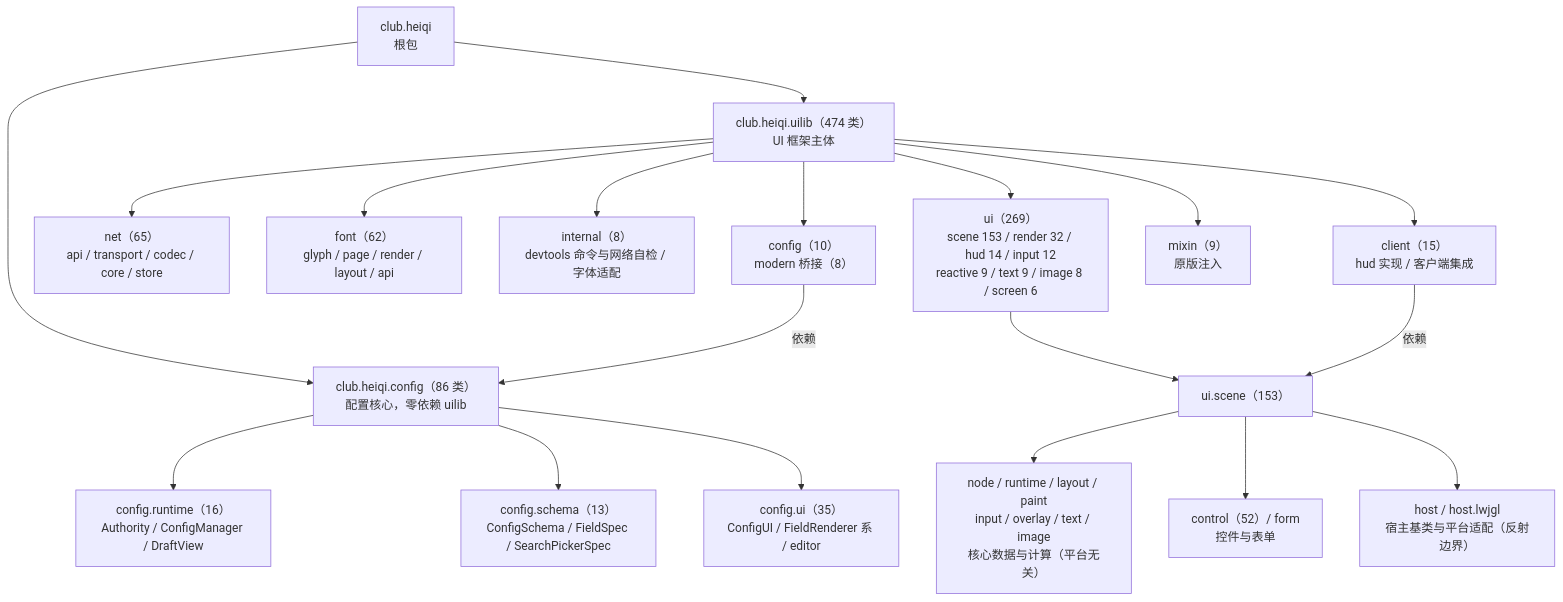
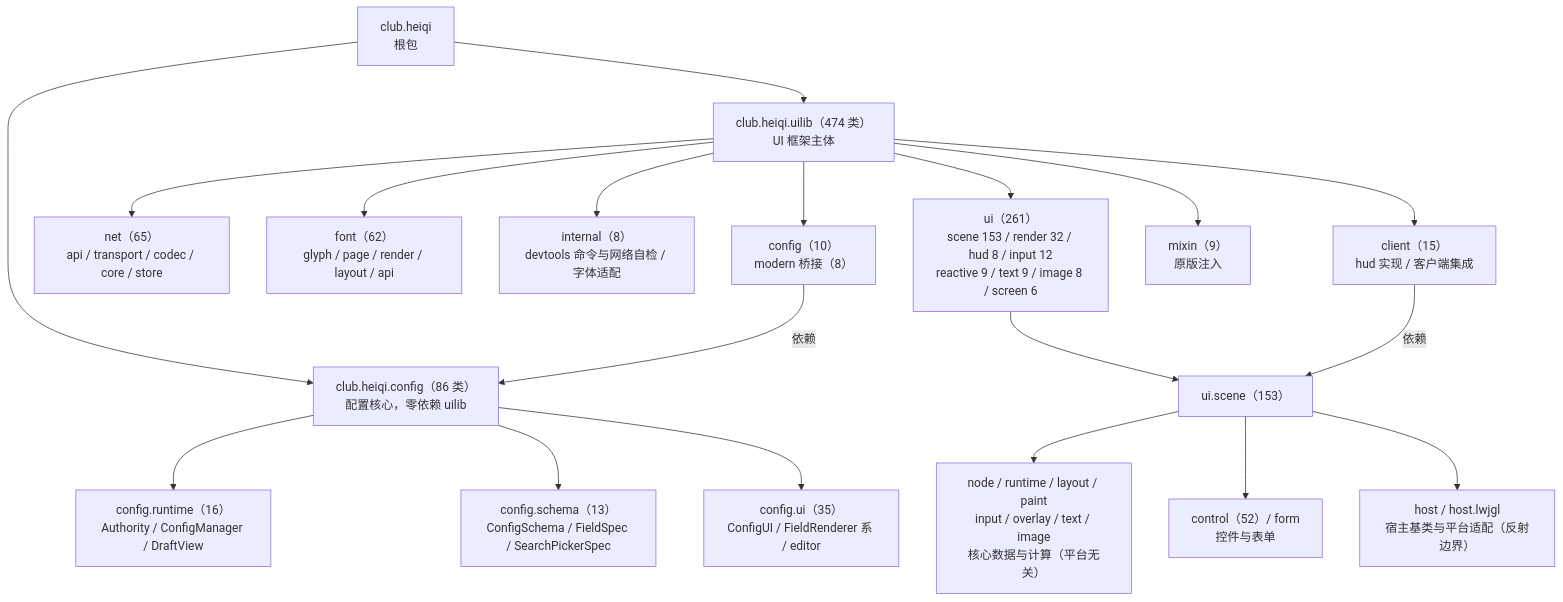
One commit to QuanhuZeYu/Qz-UILib changed the diagram in docs/开发者文档/架构图/00-框架总览.md. Above: the diagram before and after it, drawn with Mermaid. The commit also changed 22 other files, not shown here.

Commit message:
[UI] HUD 虚拟窗口 H1（路线 A）：注册协议由快照 provider 替换为 HudWindowFactory（scene 代码 + signal），删除 HudSnapshot/HudLine/HudSpan/HudTone/CompactHud/TextHud 与翻译层；SceneHudHost 改每窗口 SceneFramePipeline 帧循环（窗口裁剪盒重载），空内容整窗隐藏、工厂异常隔离；SceneFramePipeline 增加 windowClip 回放裁剪

````diff
--- a/docs/开发者文档/架构图/00-框架总览.md
+++ b/docs/开发者文档/架构图/00-框架总览.md
@@ -9,29 +9,29 @@
 ```mermaid
 flowchart TD
   ROOT["club.heiqi<br>根包"]
   CFG["club.heiqi.config（86 类）<br>配置核心，零依赖 uilib"]
   UI["club.heiqi.uilib（474 类）<br>UI 框架主体"]
 
   ROOT --> CFG
   ROOT --> UI
 
   CFG --> CFG_R["config.runtime（16）<br>Authority / ConfigManager / DraftView"]
   CFG --> CFG_S["config.schema（13）<br>ConfigSchema / FieldSpec / SearchPickerSpec"]
   CFG --> CFG_U["config.ui（35）<br>ConfigUI / FieldRenderer 系 / editor"]
 
-  UI --> UISUB["ui（269）<br>scene 153 / render 32 / hud 14 / input 12<br>reactive 9 / text 9 / image 8 / screen 6"]
+  UI --> UISUB["ui（261）<br>scene 153 / render 32 / hud 8 / input 12<br>reactive 9 / text 9 / image 8 / screen 6"]
   UI --> NET["net（65）<br>api / transport / codec / core / store"]
   UI --> FONT["font（62）<br>glyph / page / render / layout / api"]
   UI --> INTERNAL["internal（8）<br>devtools 命令与网络自检 / 字体适配"]
   UI --> CLIENT["client（15）<br>hud 实现 / 客户端集成"]
   UI --> CFGB["config（10）<br>modern 桥接（8）"]
   UI --> MIXIN["mixin（9）<br>原版注入"]
 
   UISUB --> SCENE["ui.scene（153）"]
   SCENE --> SCN_CORE["node / runtime / layout / paint<br>input / overlay / text / image<br>核心数据与计算（平台无关）"]
   SCENE --> SCN_CTRL["control（52）/ form<br>控件与表单"]
   SCENE --> SCN_HOST["host / host.lwjgl<br>宿主基类与平台适配（反射边界）"]
 
   CFGB -- 依赖 --> CFG
   CLIENT -- 依赖 --> SCENE
 ```
````
